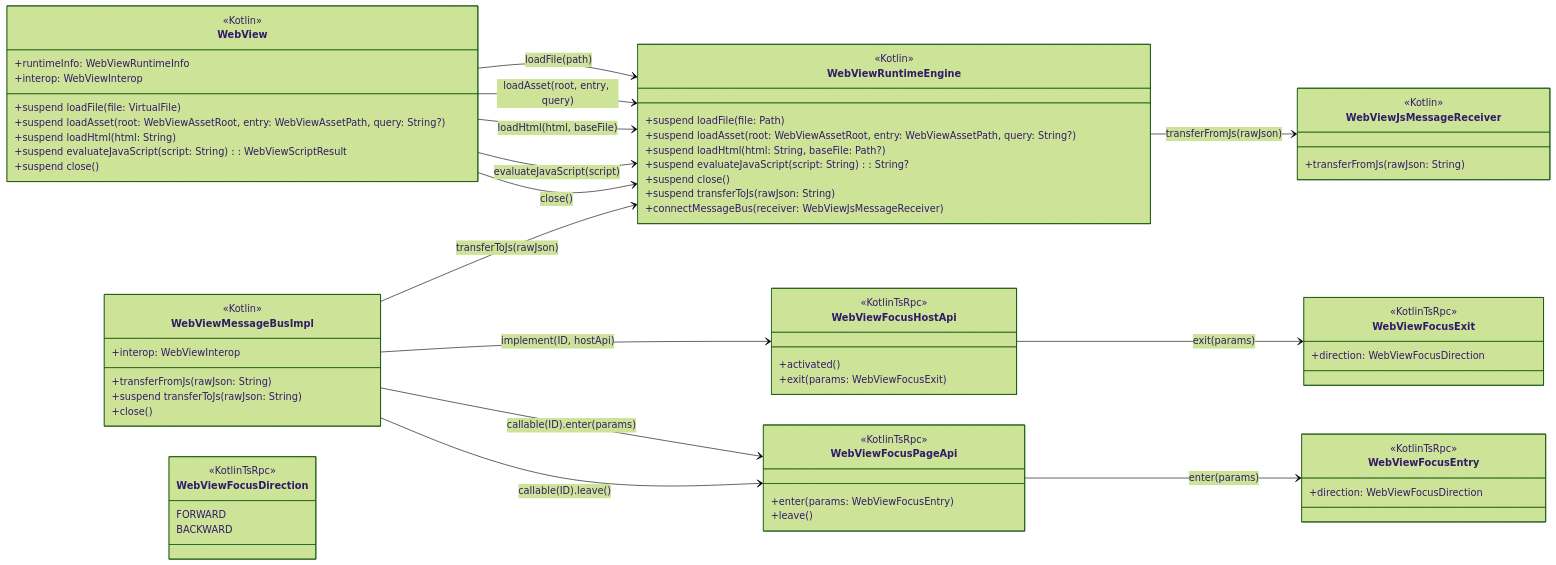
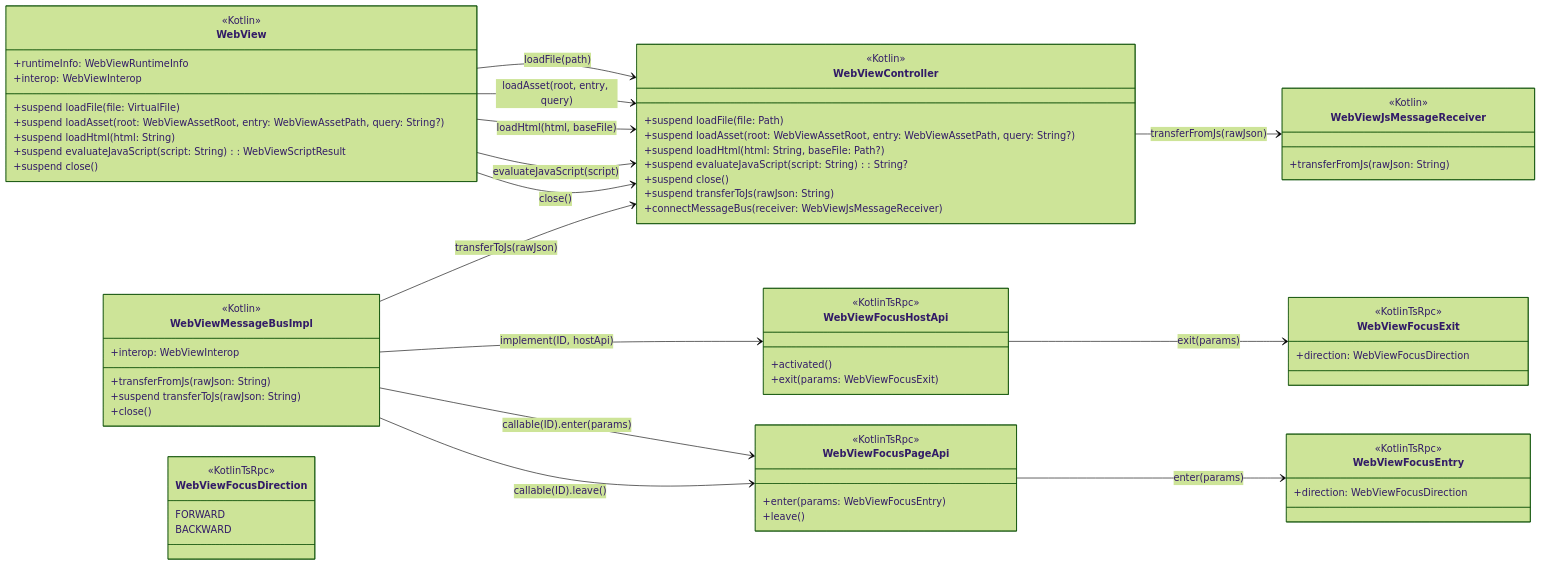
Before and after one commit to nerzhulart/intellij-webview: the second of 5 diagrams in docs/backends/native-webview-host/architecture-diagrams.md, drawn with Mermaid (forest theme). The commit also changed other lines of this file and 56 other files, not shown here.

Commit message:
IJPL-247160 [WebView] Start of general refactoring

````diff
--- a/docs/backends/native-webview-host/architecture-diagrams.md
+++ b/docs/backends/native-webview-host/architecture-diagrams.md
@@ -103,81 +90,81 @@
 ```mermaid
 classDiagram
 direction LR
 
 class WebView {
   <<Kotlin>>
   +runtimeInfo: WebViewRuntimeInfo
   +interop: WebViewInterop
   +suspend loadFile(file: VirtualFile)
   +suspend loadAsset(root: WebViewAssetRoot, entry: WebViewAssetPath, query: String?)
   +suspend loadHtml(html: String)
   +suspend evaluateJavaScript(script: String): WebViewScriptResult
   +suspend close()
 }
 
 class WebViewMessageBusImpl {
   <<Kotlin>>
   +interop: WebViewInterop
   +transferFromJs(rawJson: String)
   +suspend transferToJs(rawJson: String)
   +close()
 }
 
-class WebViewRuntimeEngine {
+class WebViewController {
   <<Kotlin>>
   +suspend loadFile(file: Path)
   +suspend loadAsset(root: WebViewAssetRoot, entry: WebViewAssetPath, query: String?)
   +suspend loadHtml(html: String, baseFile: Path?)
   +suspend evaluateJavaScript(script: String): String?
   +suspend close()
   +suspend transferToJs(rawJson: String)
   +connectMessageBus(receiver: WebViewJsMessageReceiver)
 }
 
 class WebViewJsMessageReceiver {
   <<Kotlin>>
   +transferFromJs(rawJson: String)
 }
 
 class WebViewFocusHostApi {
   <<KotlinTsRpc>>
   +activated()
   +exit(params: WebViewFocusExit)
 }
 
 class WebViewFocusPageApi {
   <<KotlinTsRpc>>
   +enter(params: WebViewFocusEntry)
   +leave()
 }
 
 class WebViewFocusEntry {
   <<KotlinTsRpc>>
   +direction: WebViewFocusDirection
 }
 
 class WebViewFocusExit {
   <<KotlinTsRpc>>
   +direction: WebViewFocusDirection
 }
 
 class WebViewFocusDirection {
   <<KotlinTsRpc>>
   <<enumeration>>
   FORWARD
   BACKWARD
 }
 
-WebView --> WebViewRuntimeEngine : loadFile(path)
-WebView --> WebViewRuntimeEngine : loadAsset(root, entry, query)
-WebView --> WebViewRuntimeEngine : loadHtml(html, baseFile)
-WebView --> WebViewRuntimeEngine : evaluateJavaScript(script)
-WebView --> WebViewRuntimeEngine : close()
-WebViewMessageBusImpl --> WebViewRuntimeEngine : transferToJs(rawJson)
-WebViewRuntimeEngine --> WebViewJsMessageReceiver : transferFromJs(rawJson)
+WebView --> WebViewController : loadFile(path)
+WebView --> WebViewController : loadAsset(root, entry, query)
+WebView --> WebViewController : loadHtml(html, baseFile)
+WebView --> WebViewController : evaluateJavaScript(script)
+WebView --> WebViewController : close()
+WebViewMessageBusImpl --> WebViewController : transferToJs(rawJson)
+WebViewController --> WebViewJsMessageReceiver : transferFromJs(rawJson)
 WebViewMessageBusImpl --> WebViewFocusHostApi : implement(ID, hostApi)
 WebViewMessageBusImpl --> WebViewFocusPageApi : callable(ID).enter(params)
 WebViewMessageBusImpl --> WebViewFocusPageApi : callable(ID).leave()
 WebViewFocusPageApi --> WebViewFocusEntry : enter(params)
 WebViewFocusHostApi --> WebViewFocusExit : exit(params)
 ```
````
